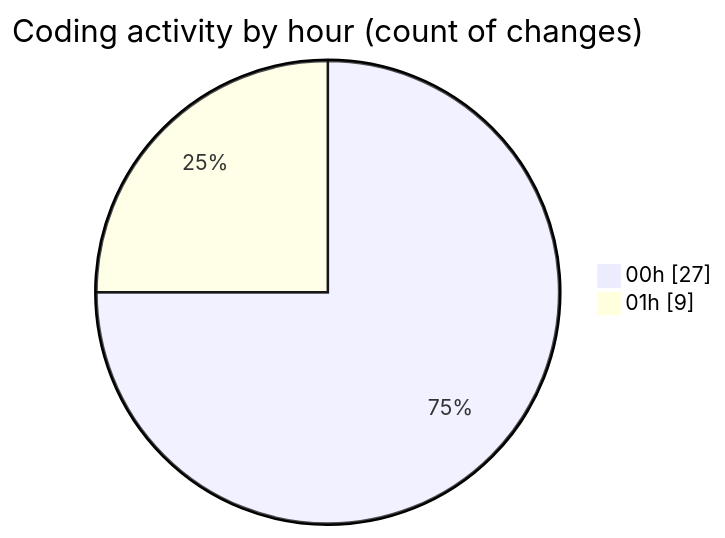
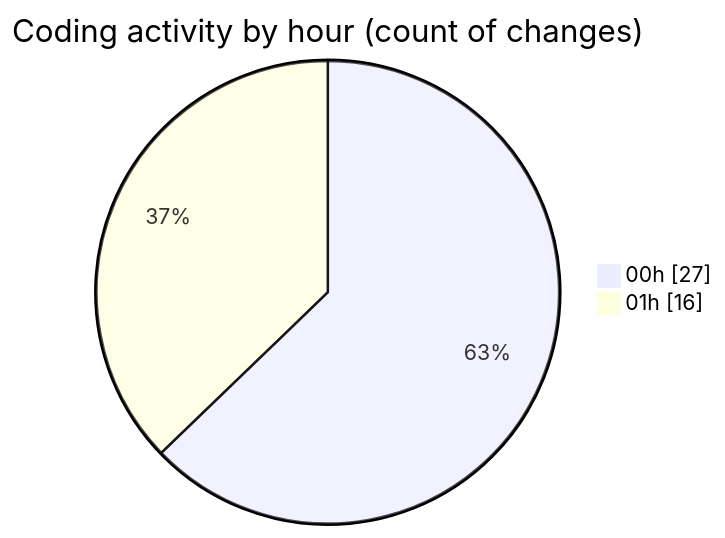
The second of 2 diagrams in 2025-09-03/quytuthien_vn/README.md (lephambinh05/code-tracking), drawn with Mermaid before and after one commit. The commit also changed other lines of this file and 1 other file, not shown here.

````diff
--- a/2025-09-03/quytuthien_vn/README.md
+++ b/2025-09-03/quytuthien_vn/README.md
@@ -42,6 +45,6 @@
 ```mermaid
 pie showData
 title Coding activity by hour (count of changes)
 "00h" : 27
-"01h" : 9
+"01h" : 16
 ```
````
